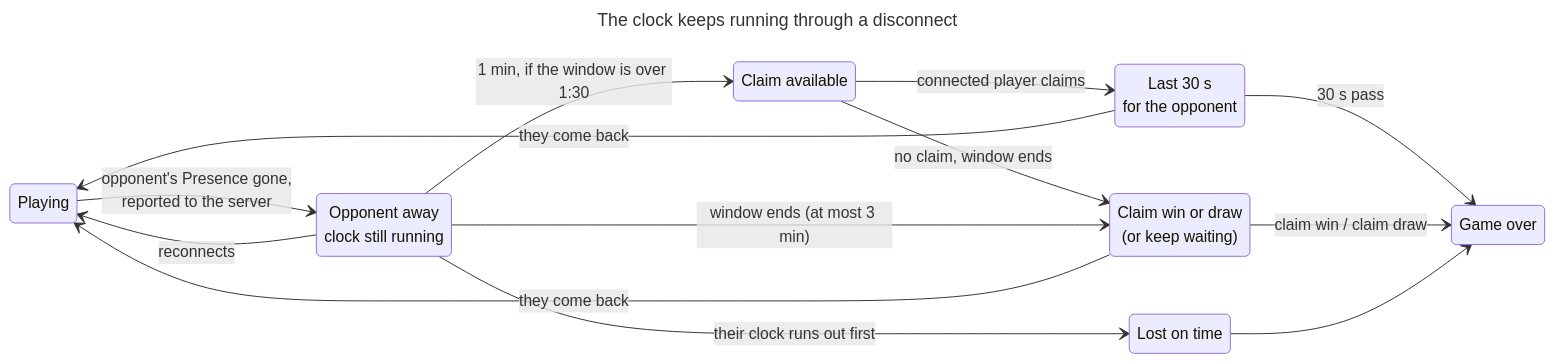
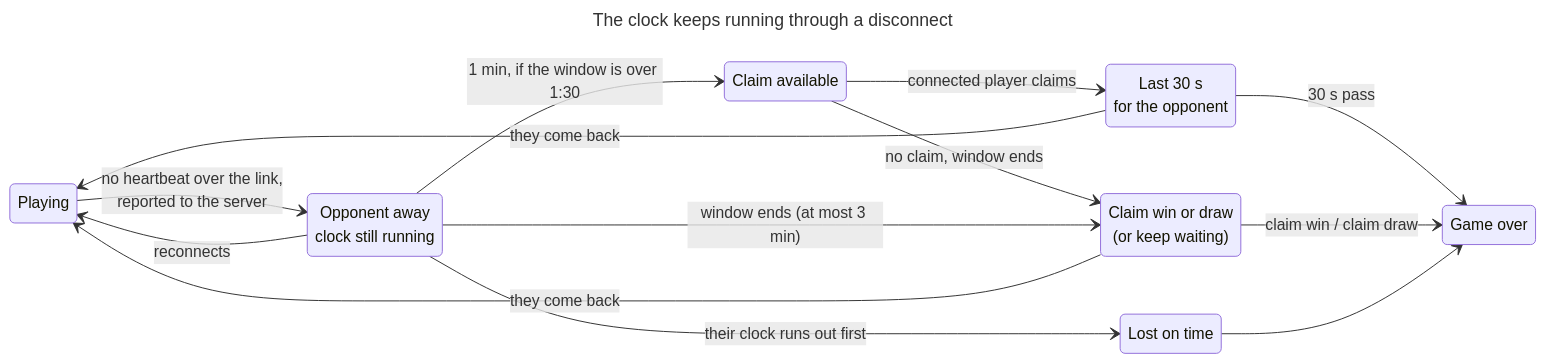
Before and after one commit to jetzhu/xiangqi: the first of 3 diagrams in docs/v0.3-online-design.md, drawn with Mermaid. The commit also changed other lines of this file, not shown here.

Commit message:
docs: v0.3 browsers play directly, the server keeps a queued record and judges disputes; D4, D7, D8 settled

````diff
--- a/docs/v0.3-online-design.md
+++ b/docs/v0.3-online-design.md
@@ -110,26 +110,26 @@
 ```mermaid
 ---
 title: The clock keeps running through a disconnect
 ---
 stateDiagram-v2
   direction LR
   playing: Playing
   away: Opponent away<br/>clock still running
   claim: Claim win or draw<br/>(or keep waiting)
-  playing --> away: opponent's Presence gone,<br/>reported to the server
+  playing --> away: no heartbeat over the link,<br/>reported to the server
   away --> playing: reconnects
   away --> early: 1 min, if the window is over 1:30
   early --> last: connected player claims
   last --> over: 30 s pass
   last --> playing: they come back
   early --> claim: no claim, window ends
   away --> claim: window ends (at most 3 min)
   away --> flagged: their clock runs out first
   claim --> over: claim win / claim draw
   claim --> playing: they come back
   early: Claim available
   last: Last 30 s<br/>for the opponent
   flagged --> over
   flagged: Lost on time
   over: Game over
 ```
````
